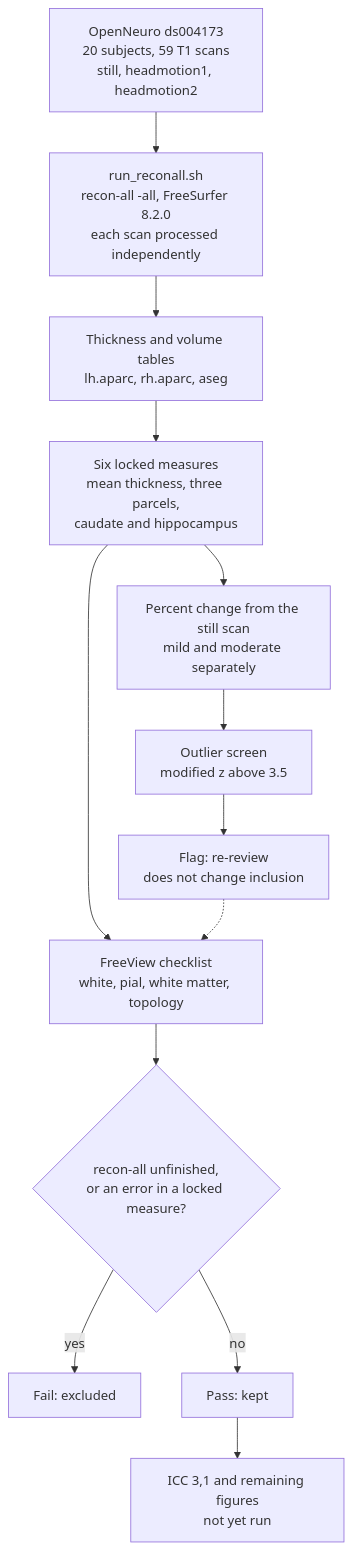
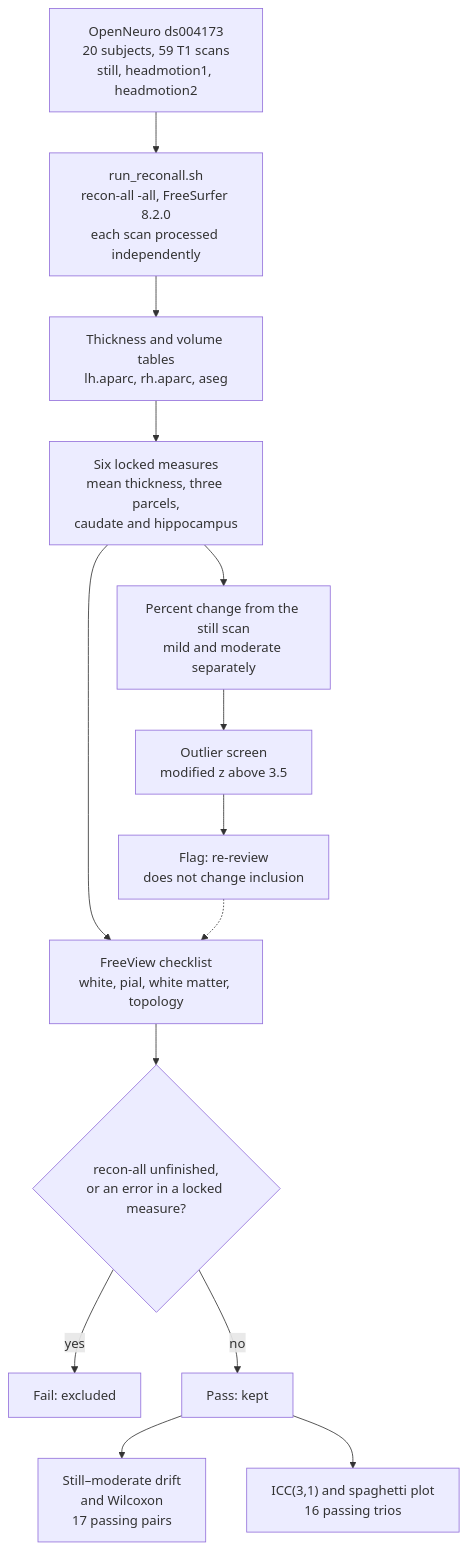
One commit to jolaneabrams/MRART-demo-project changed the diagram in README.md. Above: the diagram before and after it, drawn with Mermaid. The commit also changed other lines of this file and 10 other files, not shown here.

First line of the commit message:
Record the finished QC calls and the drift, ICC, and spaghetti results.

````diff
--- a/README.md
+++ b/README.md
@@ -71,24 +72,26 @@
 ```mermaid
 flowchart TD
   bids["OpenNeuro ds004173<br/>20 subjects, 59 T1 scans<br/>still, headmotion1, headmotion2"]
   recon["run_reconall.sh<br/>recon-all -all, FreeSurfer 8.2.0<br/>each scan processed independently"]
   tables["Thickness and volume tables<br/>lh.aparc, rh.aparc, aseg"]
   measures["Six locked measures<br/>mean thickness, three parcels,<br/>caudate and hippocampus"]
   pct["Percent change from the still scan<br/>mild and moderate separately"]
   screen["Outlier screen<br/>modified z above 3.5"]
   flag["Flag: re-review<br/>does not change inclusion"]
   qc["FreeView checklist<br/>white, pial, white matter, topology"]
   decision{"recon-all unfinished,<br/>or an error in a locked measure?"}
   fail["Fail: excluded"]
   keep["Pass: kept"]
-  later["ICC 3,1 and remaining figures<br/>not yet run"]
+  drift["Still–moderate drift<br/>and Wilcoxon<br/>17 passing pairs"]
+  iccfig["ICC(3,1) and spaghetti plot<br/>16 passing trios"]
 
   bids --> recon --> tables --> measures
   measures --> pct --> screen --> flag
   measures --> qc
   flag -.-> qc
   qc --> decision
   decision -->|yes| fail
   decision -->|no| keep
-  keep --> later
+  keep --> drift
+  keep --> iccfig
 ```
````
